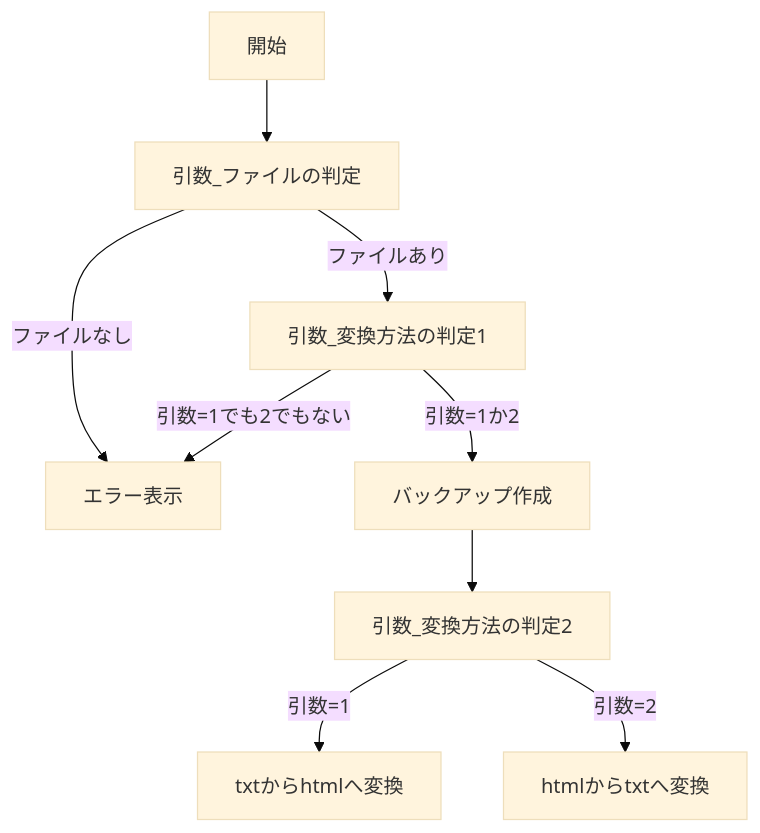
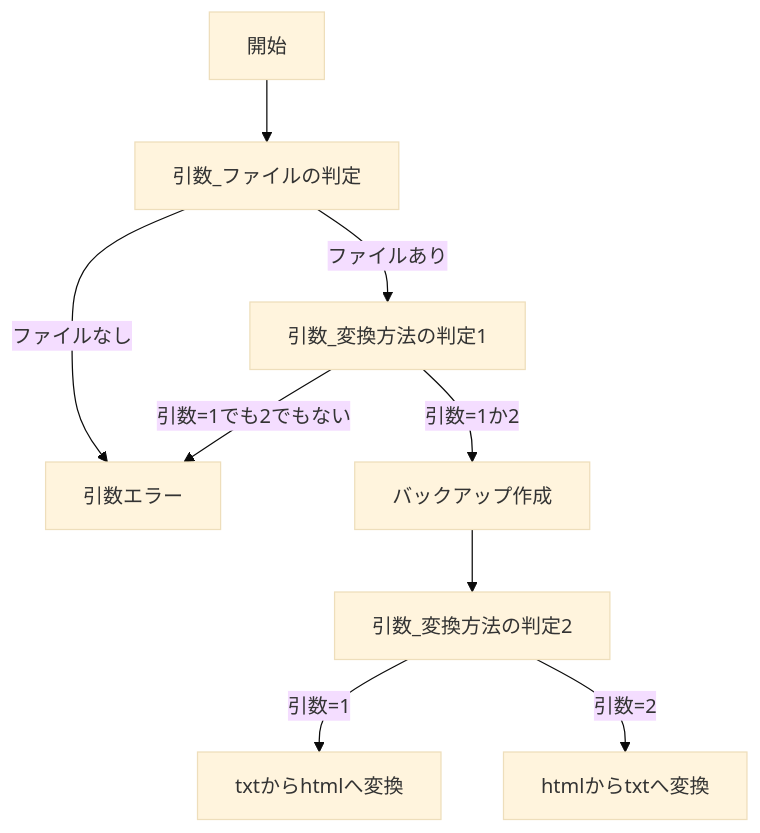
One commit to y-mikou/littlebug changed the diagram in README.md. Above: the diagram before and after it, drawn with Mermaid (base theme). The commit also changed other lines of this file, not shown here.

````diff
--- a/README.md
+++ b/README.md
@@ -208,13 +210,12 @@
 ``` mermaid 
 flowchart TD
 
 開始 --> 引数_ファイルの判定
 引数_ファイルの判定 --ファイルあり--> 引数_変換方法の判定1 
-引数_ファイルの判定 --ファイルなし--> エラー表示
+引数_ファイルの判定 --ファイルなし--> 引数エラー
 引数_変換方法の判定1 --引数=1か2--> バックアップ作成
-引数_変換方法の判定1 --引数=1でも2でもない--> エラー表示
+引数_変換方法の判定1 --引数=1でも2でもない--> 引数エラー
 バックアップ作成 --> 引数_変換方法の判定2
 引数_変換方法の判定2 --引数=1--> txtからhtmlへ変換
 引数_変換方法の判定2 --引数=2--> htmlからtxtへ変換
-
 ```
````
